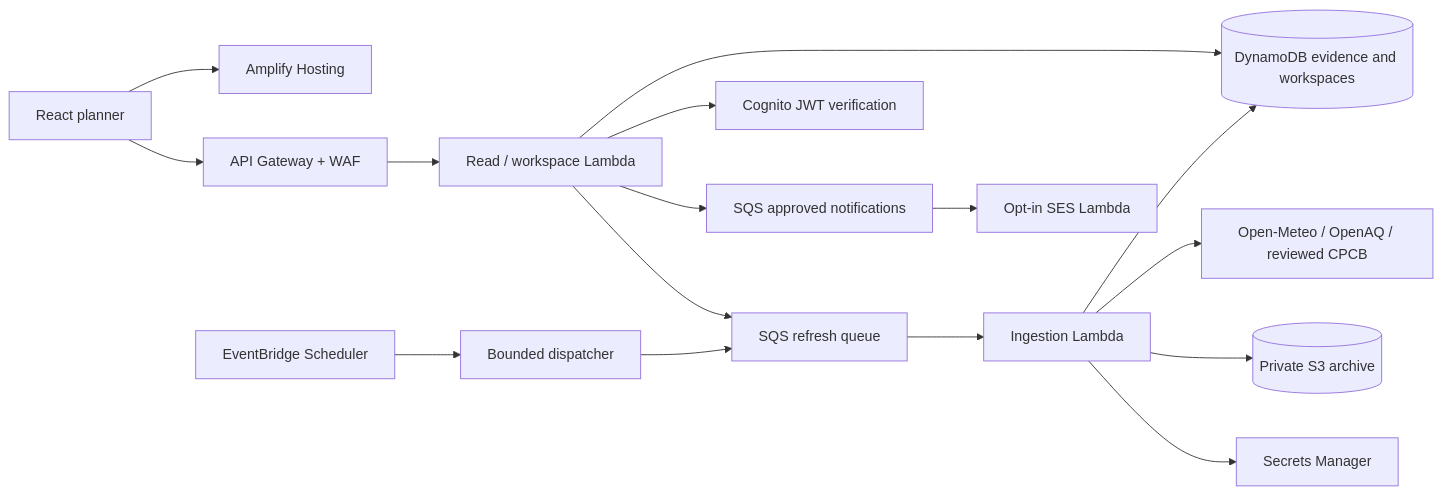
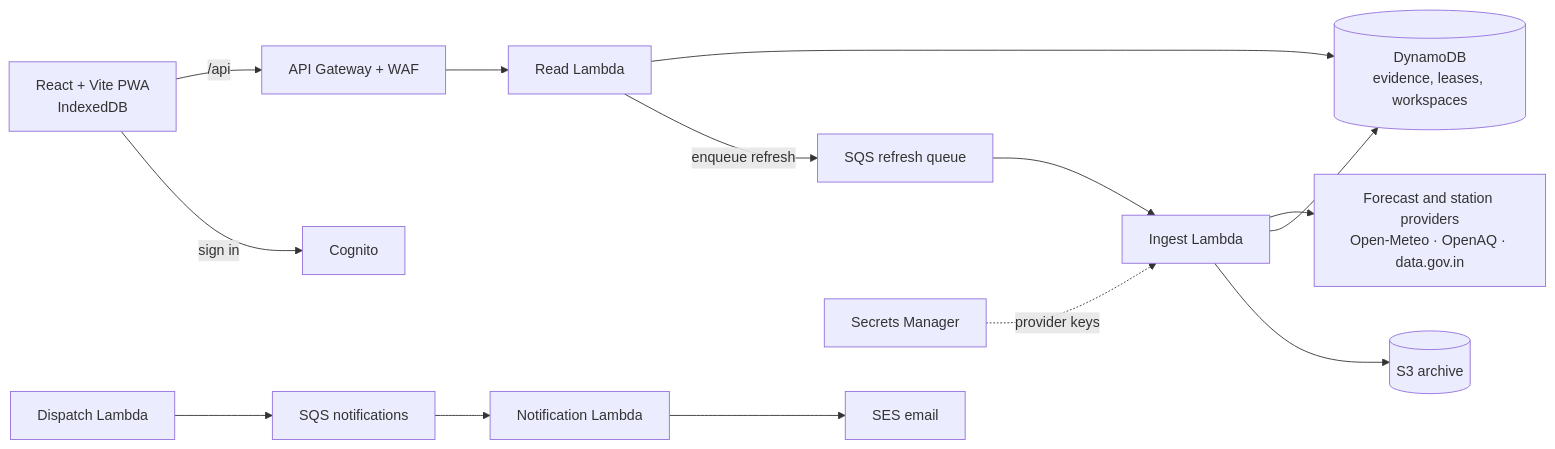
The diagram in README.md (dhruvsarohaa/AWS), drawn with Mermaid before and after one commit. The commit also changed other lines of this file, not shown here.

````diff
--- a/README.md
+++ b/README.md
@@ -63,18 +49,14 @@
 ```mermaid
 flowchart LR
-  Browser[React planner] --> Hosting[Amplify Hosting]
-  Browser --> Edge[API Gateway + WAF]
-  Edge --> Read[Read / workspace Lambda]
-  Read --> DB[(DynamoDB evidence and workspaces)]
-  Read --> Queue[SQS refresh queue]
-  Tick[EventBridge Scheduler] --> Dispatch[Bounded dispatcher]
-  Dispatch --> Queue
-  Queue --> Worker[Ingestion Lambda]
-  Worker --> Providers[Open-Meteo / OpenAQ / reviewed CPCB]
-  Worker --> DB
-  Worker --> Archive[(Private S3 archive)]
-  Worker --> Secrets[Secrets Manager]
-  Read --> Auth[Cognito JWT verification]
-  Read --> EmailQueue[SQS approved notifications]
-  EmailQueue --> Delivery[Opt-in SES Lambda]
+    UI[React + Vite PWA<br/>IndexedDB] -->|/api| GW[API Gateway + WAF]
+    GW --> READ[Read Lambda]
+    READ --> DDB[(DynamoDB<br/>evidence, leases, workspaces)]
+    READ -->|enqueue refresh| Q[SQS refresh queue]
+    Q --> ING[Ingest Lambda]
+    ING --> P[Forecast and station providers<br/>Open-Meteo · OpenAQ · data.gov.in]
+    ING --> DDB
+    ING --> S3[(S3 archive)]
+    DISP[Dispatch Lambda] --> NQ[SQS notifications] --> NOTE[Notification Lambda] --> SES[SES email]
+    UI -->|sign in| COG[Cognito]
+    SEC[Secrets Manager] -.provider keys.-> ING
 ```
````
